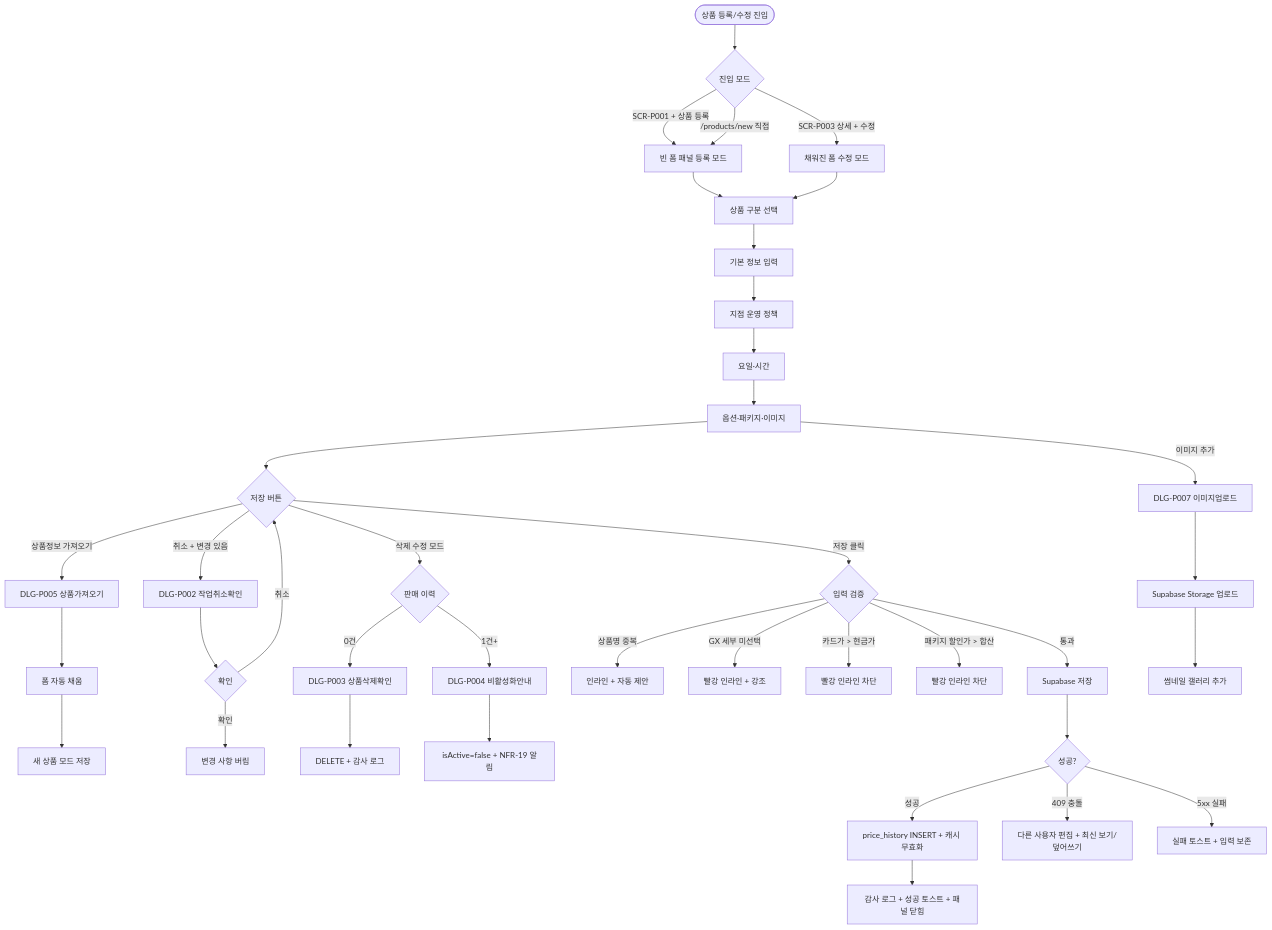
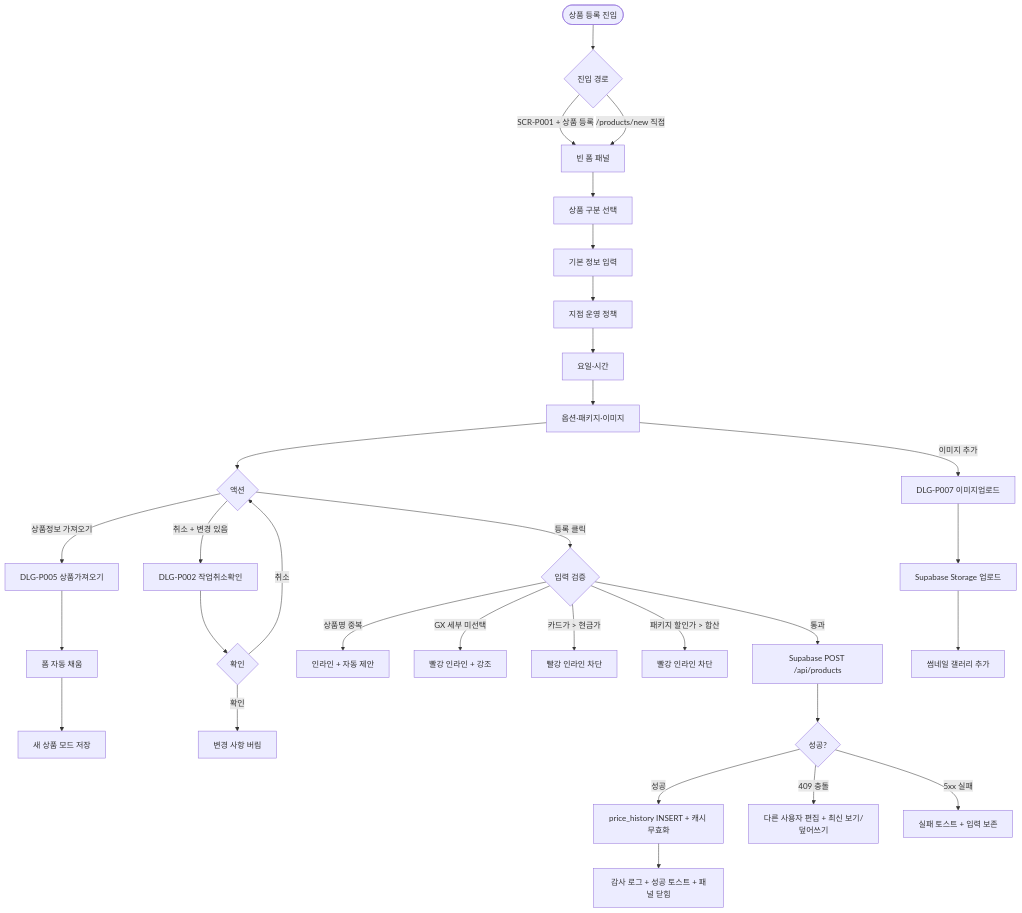
One commit to dev-spogym/admin-pando changed the first of 2 diagrams in docs-domain/D05 상품관리/SCR-P002 상품등록수정 페이지/README.md. Above: the diagram before and after it, drawn with Mermaid. The commit also changed other lines of this file, not shown here.

First line of the commit message:
docs: SCR-P002 수정 모드 참조 전면 제거 (등록 전용 화면 정합화)

````diff
--- a/docs-domain/D05 상품관리/SCR-P002 상품등록수정 페이지/README.md
+++ b/docs-domain/D05 상품관리/SCR-P002 상품등록수정 페이지/README.md
@@ -216,40 +198,33 @@
 ```mermaid
 flowchart TD
-    A([상품 등록/수정 진입]) --> B{진입 모드}
-    B -->|SCR-P001 + 상품 등록| C[빈 폼 패널 등록 모드]
-    B -->|SCR-P003 상세 + 수정| D[채워진 폼 수정 모드]
+    A([상품 등록 진입]) --> B{진입 경로}
+    B -->|SCR-P001 + 상품 등록| C[빈 폼 패널]
     B -->|/products/new 직접| C
     C --> E[상품 구분 선택]
-    D --> E
     E --> F[기본 정보 입력]
     F --> G[지점 운영 정책]
     G --> H[요일·시간]
     H --> I[옵션·패키지·이미지]
-    I --> J{저장 버튼}
+    I --> J{액션}
     J -->|상품정보 가져오기| K[DLG-P005 상품가져오기]
     K --> L[폼 자동 채움]
     L --> M[새 상품 모드 저장]
     J -->|취소 + 변경 있음| N[DLG-P002 작업취소확인]
     N --> O{확인}
     O -->|확인| P[변경 사항 버림]
     O -->|취소| J
-    J -->|삭제 수정 모드| Q{판매 이력}
-    Q -->|0건| R[DLG-P003 상품삭제확인]
-    R --> S[DELETE + 감사 로그]
-    Q -->|1건+| T[DLG-P004 비활성화안내]
-    T --> U[isActive=false + NFR-19 알림]
-    J -->|저장 클릭| V{입력 검증}
+    J -->|등록 클릭| V{입력 검증}
     V -->|상품명 중복| W[인라인 + 자동 제안]
     V -->|GX 세부 미선택| X[빨강 인라인 + 강조]
     V -->|카드가 > 현금가| Y[빨강 인라인 차단]
     V -->|패키지 할인가 > 합산| Z[빨강 인라인 차단]
-    V -->|통과| AA[Supabase 저장]
+    V -->|통과| AA[Supabase POST /api/products]
     AA --> AB{성공?}
     AB -->|성공| AC[price_history INSERT + 캐시 무효화]
     AC --> AD[감사 로그 + 성공 토스트 + 패널 닫힘]
     AB -->|409 충돌| AE["다른 사용자 편집" + 최신 보기/덮어쓰기]
     AB -->|5xx 실패| AF[실패 토스트 + 입력 보존]
     I -->|이미지 추가| AG[DLG-P007 이미지업로드]
     AG --> AH[Supabase Storage 업로드]
     AH --> AI[썸네일 갤러리 추가]
 ```
````
